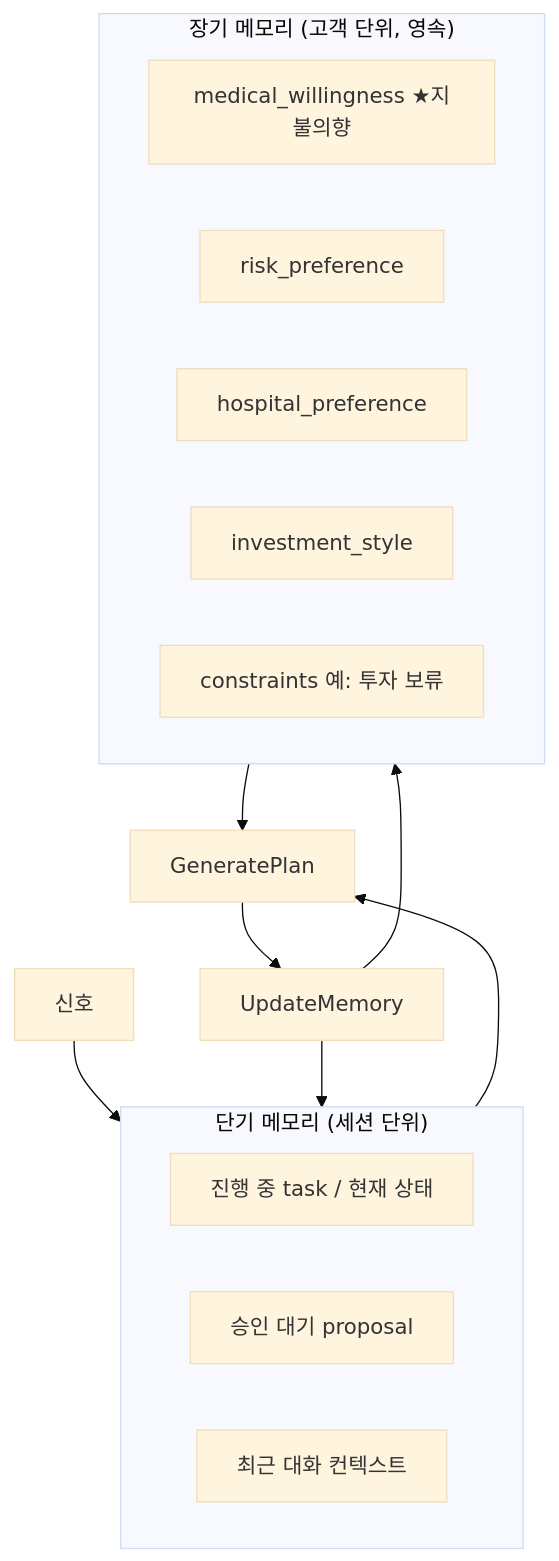
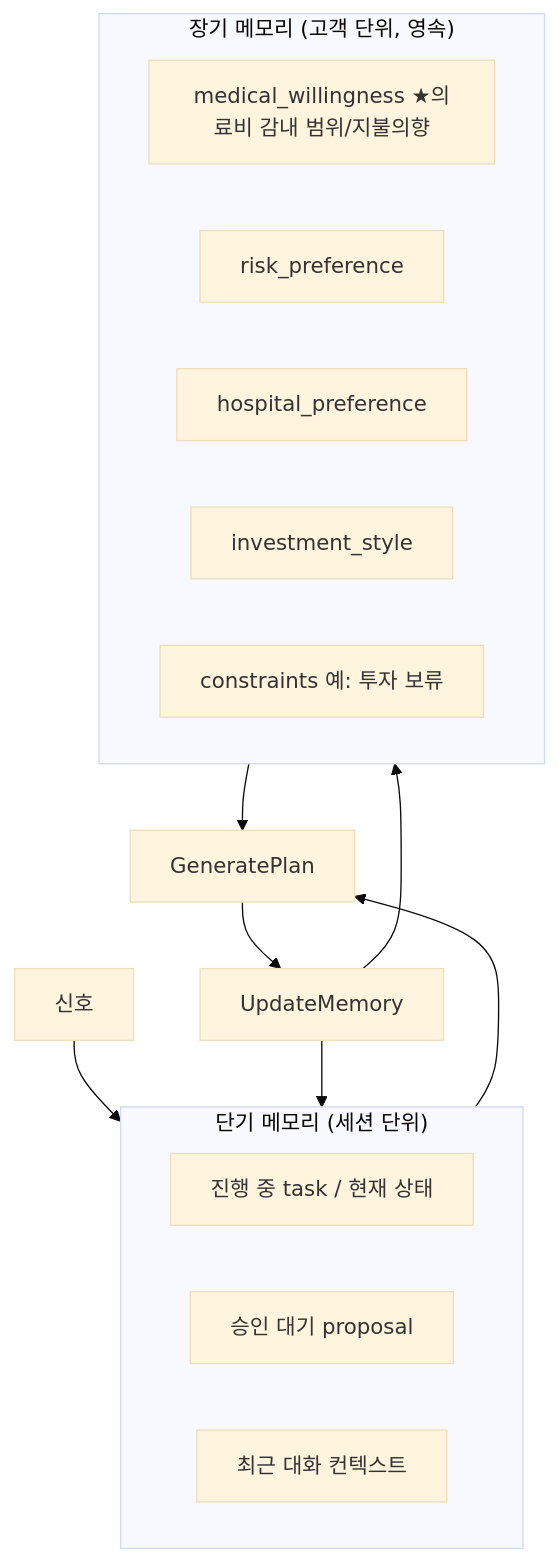
One commit to YoonMin02/JB-WM-backend changed the diagram in docs/08_MEMORY.md. Above: the diagram before and after it, drawn with Mermaid (base theme). The commit also changed other lines of this file and 5 other files, not shown here.

````diff
--- a/docs/08_MEMORY.md
+++ b/docs/08_MEMORY.md
@@ -7,21 +7,21 @@
 ```mermaid
 flowchart TB
     subgraph Short["단기 메모리 (세션 단위)"]
         S1[진행 중 task / 현재 상태]
         S2[승인 대기 proposal]
         S3[최근 대화 컨텍스트]
     end
     subgraph Long["장기 메모리 (고객 단위, 영속)"]
-        L0[medical_willingness ★지불의향]
+        L0[medical_willingness ★의료비 감내 범위/지불의향]
         L1[risk_preference]
         L2[hospital_preference]
         L3[investment_style]
         L4[constraints 예: 투자 보류]
     end
     Signal[신호] --> Short
     Short --> Plan[GeneratePlan]
     Long --> Plan
     Plan --> Update[UpdateMemory]
     Update --> Long
     Update --> Short
 ```
````
